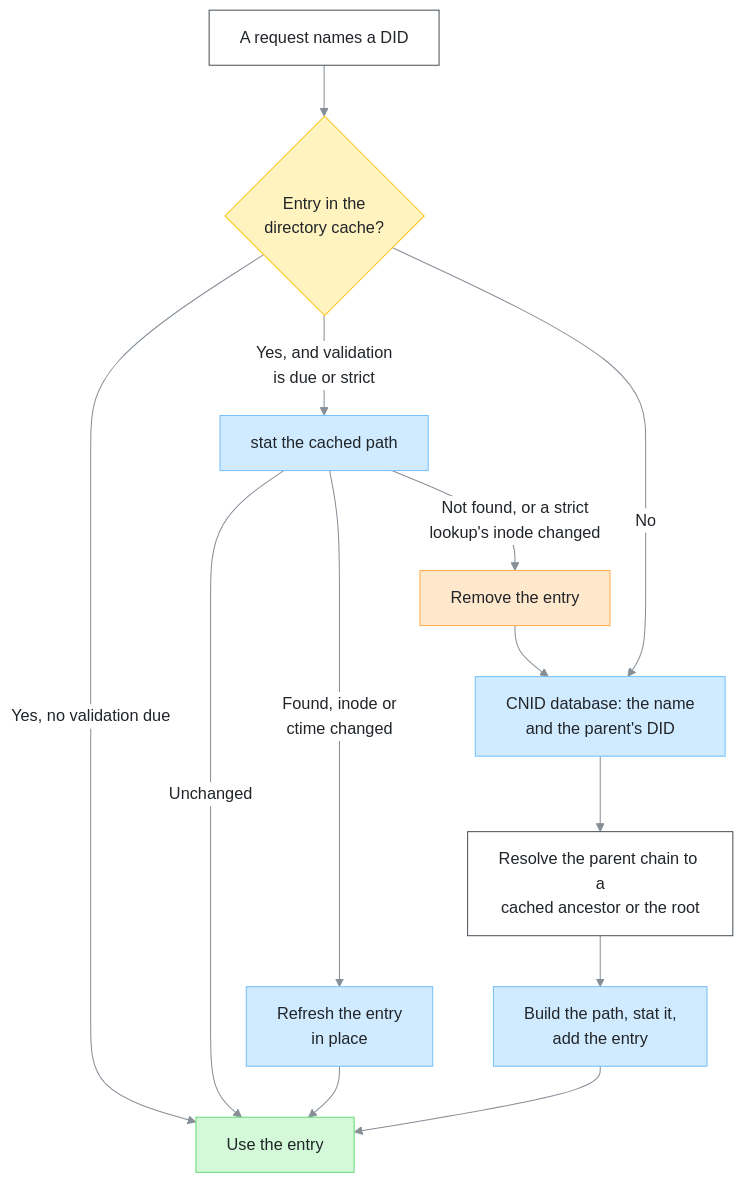
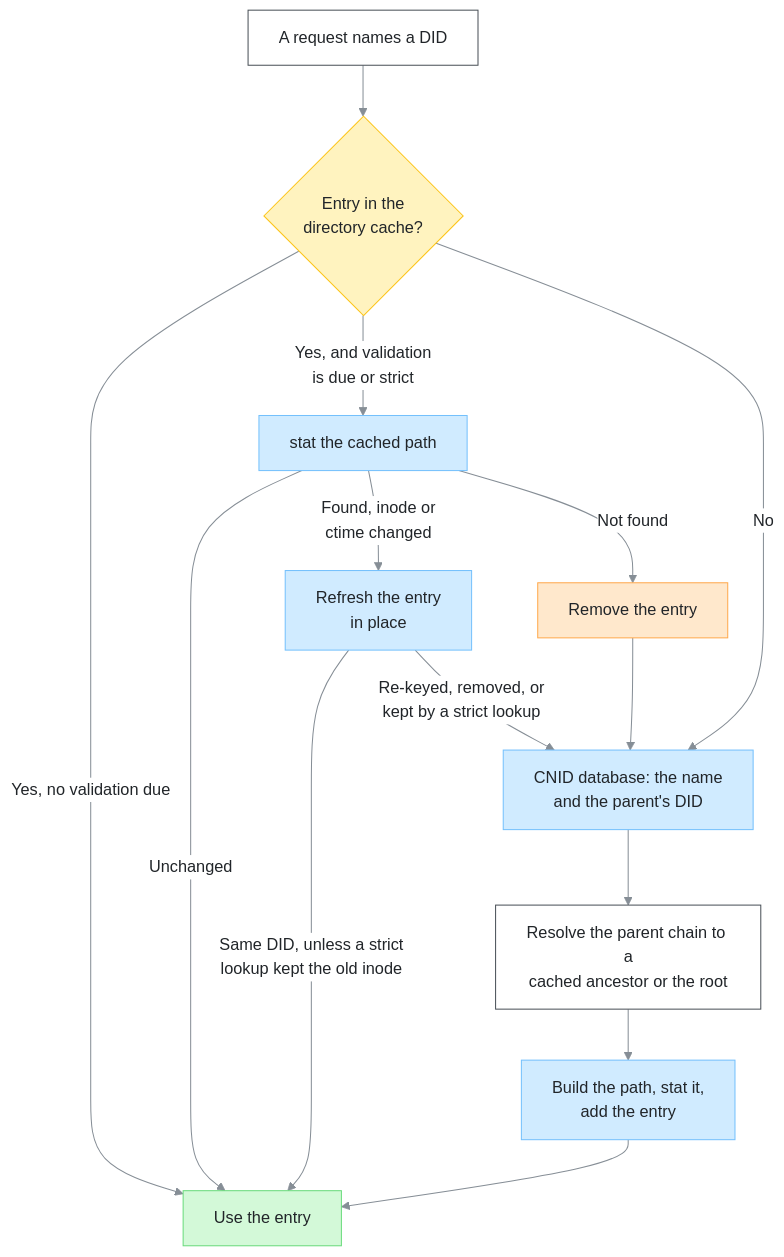
One commit to Netatalk/netatalk changed the second of 6 diagrams in doc/developer/caching.md. Above: the diagram before and after it, drawn with Mermaid. The commit also changed other lines of this file and 34 other files, not shown here.

````diff
--- a/doc/developer/caching.md
+++ b/doc/developer/caching.md
@@ -121,18 +134,20 @@
 ```mermaid
 %%{init: {"theme": "base", "themeVariables": {"fontFamily": "Inter, Segoe UI, Helvetica Neue, Arial, sans-serif", "fontSize": "16px", "primaryColor": "#ffffff", "primaryBorderColor": "#495057", "primaryTextColor": "#212529", "lineColor": "#868e96"}}}%%
 flowchart TD
     Req["A request names a DID"]:::act --> Hit{"Entry in the<br/>directory cache?"}:::dec
     Hit -->|"Yes, and validation<br/>is due or strict"| Stat["stat the cached path"]:::store
     Hit -->|"Yes, no validation due"| Use["Use the entry"]:::done
     Stat -->|Unchanged| Use
-    Stat -->|"Found, inode or<br/>ctime changed"| Refresh["Refresh the entry<br/>in place"]:::store --> Use
-    Stat -->|"Not found, or a strict<br/>lookup's inode changed"| Drop["Remove the entry"]:::warn --> Cnid
+    Stat -->|"Found, inode or<br/>ctime changed"| Refresh["Refresh the entry<br/>in place"]:::store
+    Refresh -->|"Same DID, unless a strict<br/>lookup kept the old inode"| Use
+    Refresh -->|"Re-keyed, removed, or<br/>kept by a strict lookup"| Cnid
+    Stat -->|"Not found"| Drop["Remove the entry"]:::warn --> Cnid
     Hit -->|No| Cnid["CNID database: the name<br/>and the parent's DID"]:::store
     Cnid --> Parent["Resolve the parent chain to a<br/>cached ancestor or the root"]:::act
     Parent --> Build["Build the path, stat it,<br/>add the entry"]:::store --> Use
     classDef dec fill:#fff3bf,stroke:#fcc419,color:#212529
     classDef act fill:#ffffff,stroke:#495057,color:#212529
     classDef store fill:#d0ebff,stroke:#74c0fc,color:#212529
     classDef done fill:#d3f9d8,stroke:#69db7c,color:#212529
     classDef warn fill:#ffe8cc,stroke:#ffa94d,color:#212529
 ```
````
